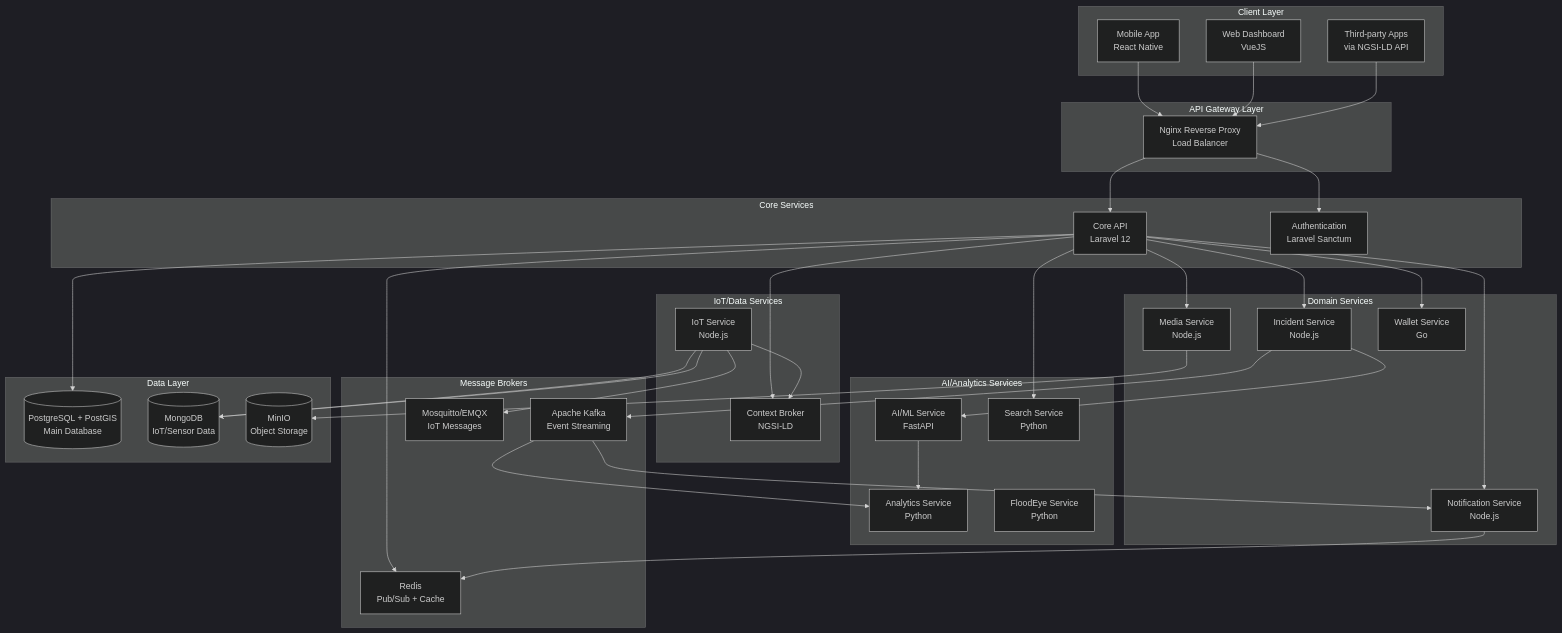
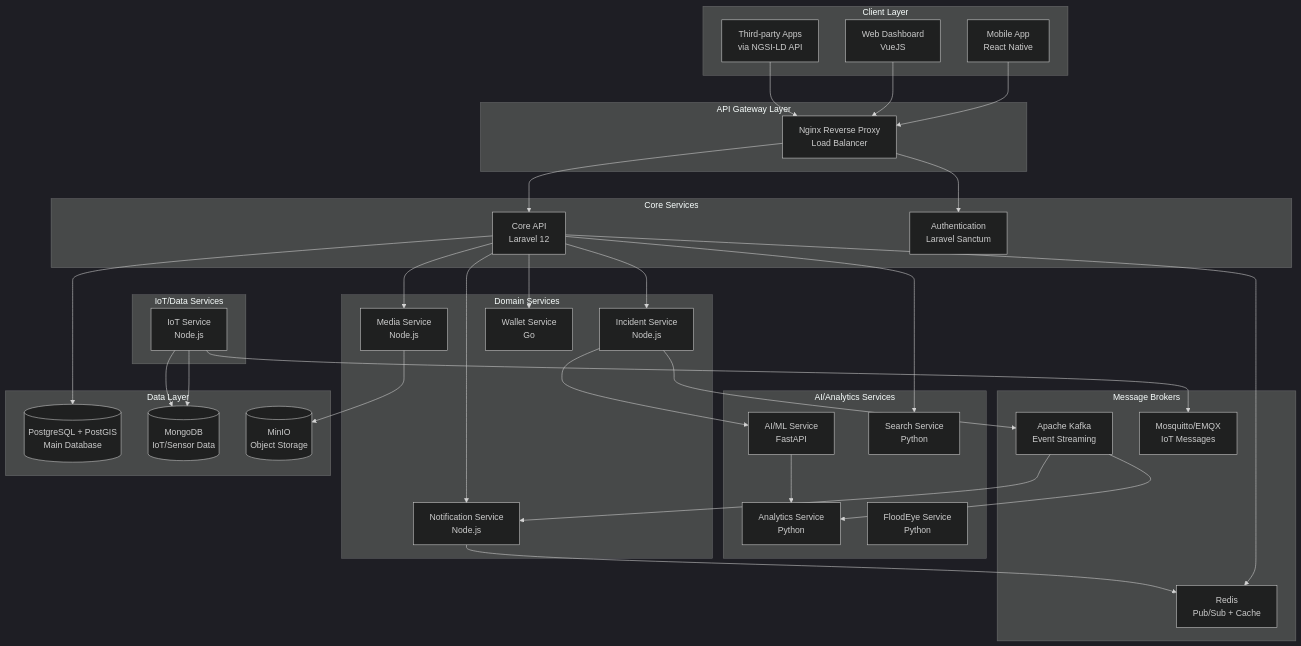
The first of 4 diagrams in docs/ARCHITECTURE.md (Truongpyeo/CityResQ360-DTUDZ), drawn with Mermaid (dark theme) before and after one commit. The commit also changed other lines of this file and 29 other files, not shown here.

````diff
--- a/docs/ARCHITECTURE.md
+++ b/docs/ARCHITECTURE.md
@@ -24,81 +24,78 @@
 ```mermaid
 graph TB
     subgraph "Client Layer"
         Mobile[Mobile App<br/>React Native]
         Web[Web Dashboard<br/>VueJS]
         ThirdParty[Third-party Apps<br/>via NGSI-LD API]
     end
     
     subgraph "API Gateway Layer"
         Nginx[Nginx Reverse Proxy<br/>Load Balancer]
     end
     
     subgraph "Core Services"
         CoreAPI[Core API<br/>Laravel 12]
         Auth[Authentication<br/>Laravel Sanctum]
     end
     
     subgraph "Domain Services"
         Incident[Incident Service<br/>Node.js]
         Media[Media Service<br/>Node.js]
         Notification[Notification Service<br/>Node.js]
         Wallet[Wallet Service<br/>Go]
     end
     
     subgraph "AI/Analytics Services"
         AIML[AI/ML Service<br/>FastAPI]
         Analytics[Analytics Service<br/>Python]
         Search[Search Service<br/>Python]
         FloodEye[FloodEye Service<br/>Python]
     end
     
     subgraph "IoT/Data Services"
         IoT[IoT Service<br/>Node.js]
-        ContextBroker[Context Broker<br/>NGSI-LD]
     end
     
     subgraph "Message Brokers"
         Kafka[Apache Kafka<br/>Event Streaming]
         MQTT[Mosquitto/EMQX<br/>IoT Messages]
         Redis[Redis<br/>Pub/Sub + Cache]
     end
     
     subgraph "Data Layer"
         PostgreSQL[(PostgreSQL + PostGIS<br/>Main Database)]
         MongoDB[(MongoDB<br/>IoT/Sensor Data)]
         MinIO[(MinIO<br/>Object Storage)]
     end
     
     Mobile-->Nginx
     Web-->Nginx
     ThirdParty-->Nginx
     
     Nginx-->CoreAPI
     Nginx-->Auth
     
     CoreAPI-->Incident
     CoreAPI-->Media
     CoreAPI-->Notification
     CoreAPI-->Wallet
-    CoreAPI-->ContextBroker
     
     Incident-->AIML
     Incident-->Kafka
     
     IoT-->MQTT
     IoT-->MongoDB
-    IoT-->ContextBroker
     
     AIML-->Analytics
     CoreAPI-->Search
     
     CoreAPI-->PostgreSQL
     Media-->MinIO
     IoT-->MongoDB
     
     Kafka-->Notification
     Kafka-->Analytics
     
     CoreAPI-->Redis
     Notification-->Redis
 ```
````
